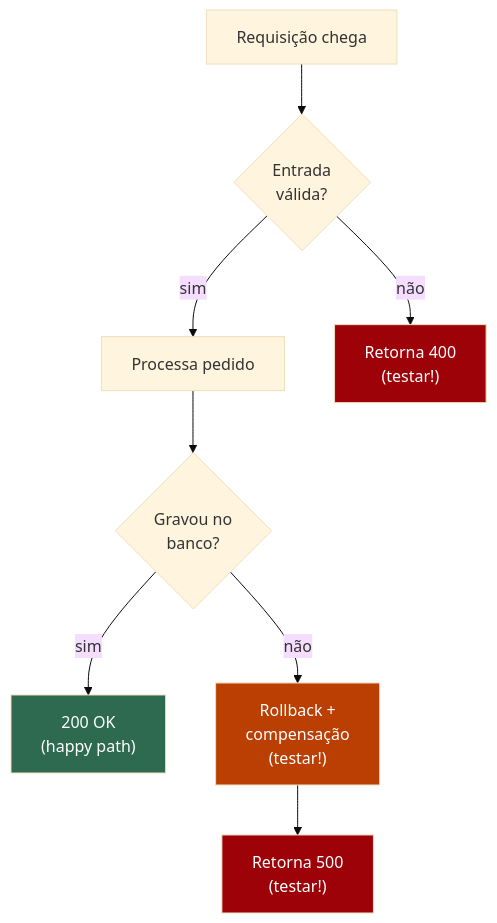
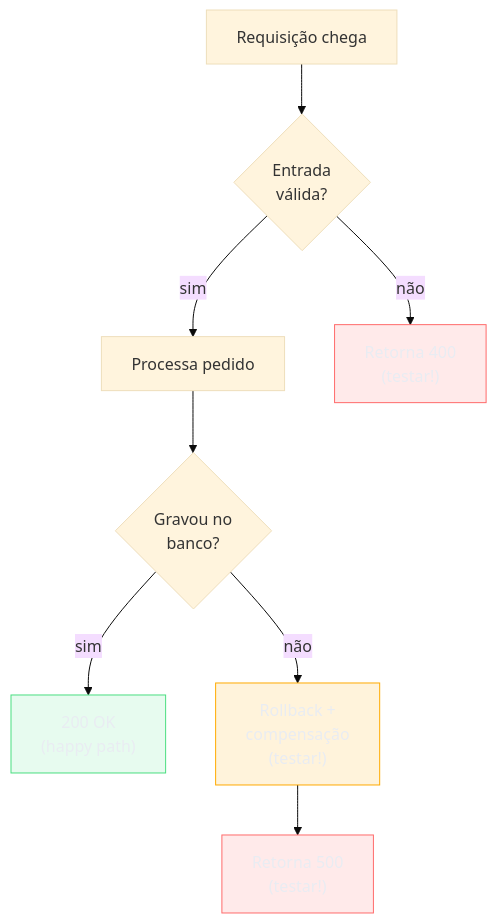
Before and after one commit to josenaldo/codex-technomanticus: the fourth of 5 diagrams in 03-Dominios/Engenharia/Testes/10 - Técnicas de teste e edge cases.md, drawn with Mermaid (base theme). The commit also changed other lines of this file and 1181 other files, not shown here.

First line of the commit message:
fix(diagramas): paleta do sistema no lugar de cor cravada no markdown

````diff
--- a/03-Dominios/Engenharia/Testes/10 - Técnicas de teste e edge cases.md
+++ b/03-Dominios/Engenharia/Testes/10 - Técnicas de teste e edge cases.md
@@ -246,15 +248,18 @@
 ```mermaid
 flowchart TD
+    classDef ok fill:#4ADE8021,stroke:#4ADE80,color:#E9ECF2
+    classDef falha fill:#FF6B6B24,stroke:#FF6B6B,color:#E9ECF2
+    classDef destaque fill:#FFAA0024,stroke:#FFAA00,color:#E9ECF2
     Start["Requisição chega"] --> Valid{"Entrada<br/>válida?"}
     Valid -->|sim| Process["Processa pedido"]
     Valid -->|não| Err1["Retorna 400<br/>(testar!)"]
     Process --> Save{"Gravou no<br/>banco?"}
     Save -->|sim| Happy["200 OK<br/>(happy path)"]
     Save -->|não| Rollback["Rollback +<br/>compensação<br/>(testar!)"]
     Rollback --> Err2["Retorna 500<br/>(testar!)"]
 
-    style Happy fill:#2d6a4f,color:#fff
-    style Err1 fill:#9d0208,color:#fff
-    style Err2 fill:#9d0208,color:#fff
-    style Rollback fill:#bb3e03,color:#fff
+    class Happy ok
+    class Err1 falha
+    class Err2 falha
+    class Rollback destaque
 ```
````
